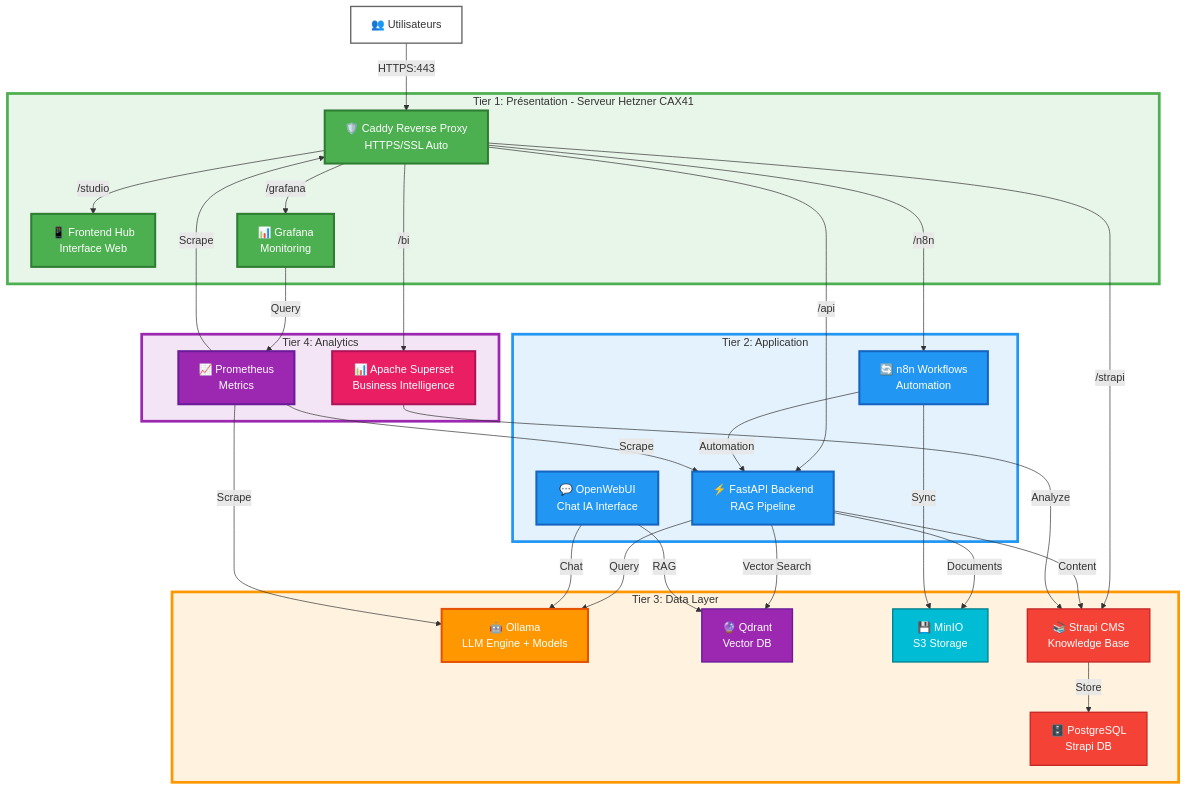
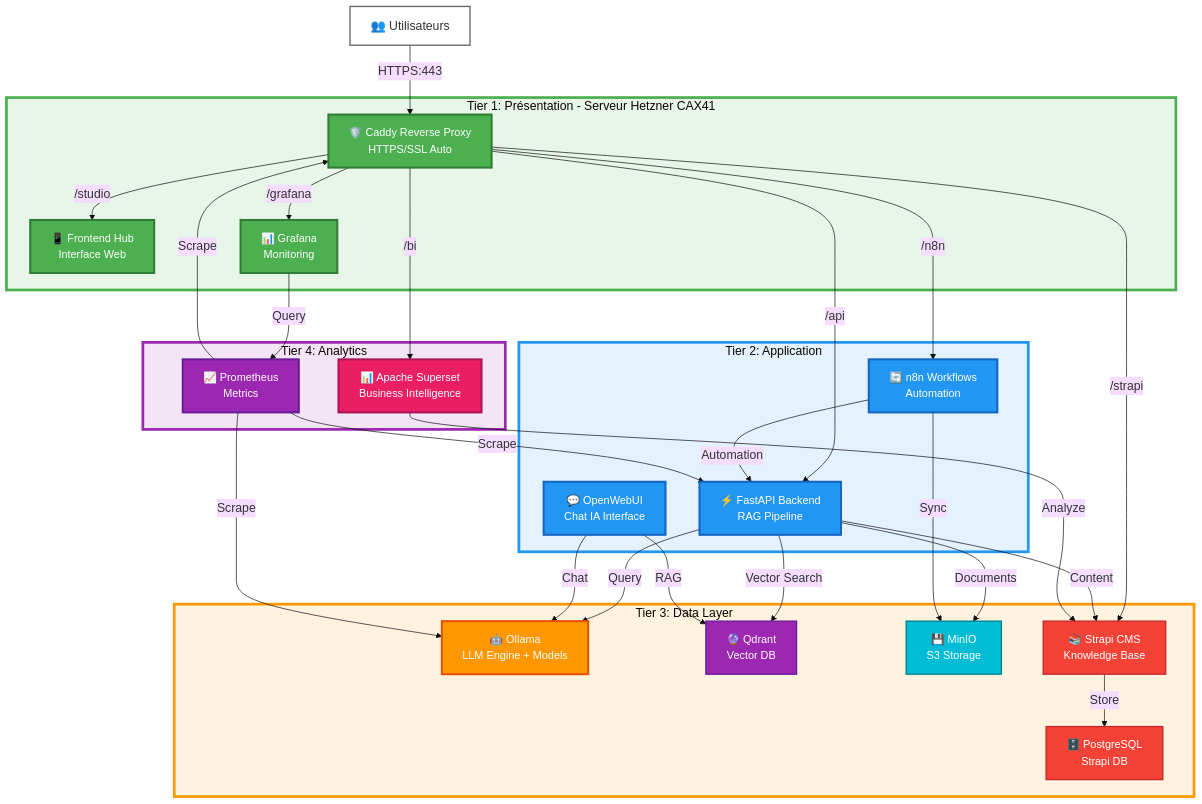
The first of 6 diagrams in README.md (stepstev/oceanphenix-IA-souveraine-v10_2026_DOCS), drawn with Mermaid before and after one commit. The commit also changed other lines of this file, not shown here.

Commit message:
style: Increase font size in architecture and deployment Mermaid diagrams

````diff
--- a/README.md
+++ b/README.md
@@ -49,80 +49,81 @@
 ```mermaid
+%%{init: {'theme':'base', 'themeVariables': {'fontSize':'18px', 'fontFamily':'Arial'}}}%%
 graph TB
     %% Définition des styles
-    classDef tierPresentation fill:#4CAF50,stroke:#2E7D32,stroke-width:3px,color:#fff
-    classDef tierApp fill:#2196F3,stroke:#1565C0,stroke-width:3px,color:#fff
-    classDef tierData fill:#FF9800,stroke:#E65100,stroke-width:3px,color:#fff
-    classDef tierAnalytics fill:#9C27B0,stroke:#6A1B9A,stroke-width:3px,color:#fff
-    classDef tierBi fill:#E91E63,stroke:#AD1457,stroke-width:3px,color:#fff
-    classDef storage fill:#00BCD4,stroke:#00838F,stroke-width:2px,color:#fff
-    classDef vectordb fill:#9C27B0,stroke:#6A1B9A,stroke-width:2px,color:#fff
-    classDef strapi fill:#F44336,stroke:#C62828,stroke-width:2px,color:#fff
+    classDef tierPresentation fill:#4CAF50,stroke:#2E7D32,stroke-width:3px,color:#fff,font-size:16px
+    classDef tierApp fill:#2196F3,stroke:#1565C0,stroke-width:3px,color:#fff,font-size:16px
+    classDef tierData fill:#FF9800,stroke:#E65100,stroke-width:3px,color:#fff,font-size:16px
+    classDef tierAnalytics fill:#9C27B0,stroke:#6A1B9A,stroke-width:3px,color:#fff,font-size:16px
+    classDef tierBi fill:#E91E63,stroke:#AD1457,stroke-width:3px,color:#fff,font-size:16px
+    classDef storage fill:#00BCD4,stroke:#00838F,stroke-width:2px,color:#fff,font-size:16px
+    classDef vectordb fill:#9C27B0,stroke:#6A1B9A,stroke-width:2px,color:#fff,font-size:16px
+    classDef strapi fill:#F44336,stroke:#C62828,stroke-width:2px,color:#fff,font-size:16px
     
     %% Internet
     Users[👥 Utilisateurs]
     
     %% Tier 1: Présentation - Serveur Hetzner CAX41
     subgraph T1[" Tier 1: Présentation - Serveur Hetzner CAX41"]
         Caddy[🛡️ Caddy Reverse Proxy<br/>HTTPS/SSL Auto]:::tierPresentation
         HubFront[📱 Frontend Hub<br/>Interface Web]:::tierPresentation
         Grafana[📊 Grafana<br/>Monitoring]:::tierPresentation
     end
     
     %% Tier 2: Application
     subgraph T2[" Tier 2: Application"]
         FastAPI[⚡ FastAPI Backend<br/>RAG Pipeline]:::tierApp
         OpenWebUI[💬 OpenWebUI<br/>Chat IA Interface]:::tierApp
         N8N[🔄 n8n Workflows<br/>Automation]:::tierApp
     end
     
     %% Tier 3: Data Layer
     subgraph T3[" Tier 3: Data Layer"]
         Ollama[🤖 Ollama<br/>LLM Engine + Models]:::tierData
         Qdrant[🔮 Qdrant<br/>Vector DB]:::vectordb
         MinIO[💾 MinIO<br/>S3 Storage]:::storage
         Strapi[📚 Strapi CMS<br/>Knowledge Base]:::strapi
         PostgreSQL[🗄️ PostgreSQL<br/>Strapi DB]:::strapi
     end
     
     %% Tier 4: Analytics
     subgraph T4[" Tier 4: Analytics"]
         Prometheus[📈 Prometheus<br/>Metrics]:::tierAnalytics
         ApacheBI[📊 Apache Superset<br/>Business Intelligence]:::tierBi
     end
     
     %% Connexions Internet → Caddy
     Users -->|HTTPS:443| Caddy
     
     %% Caddy routing
     Caddy -->|/grafana| Grafana
     Caddy -->|/bi| ApacheBI
     Caddy -->|/n8n| N8N
     Caddy -->|/studio| HubFront
     Caddy -->|/api| FastAPI
     Caddy -->|/strapi| Strapi
     
     %% Tier 2 → Tier 3
     FastAPI -->|Query| Ollama
     FastAPI -->|Vector Search| Qdrant
     FastAPI -->|Documents| MinIO
     FastAPI -->|Content| Strapi
     OpenWebUI -->|Chat| Ollama
     OpenWebUI -->|RAG| Qdrant
     N8N -->|Automation| FastAPI
     N8N -->|Sync| MinIO
     Strapi -->|Store| PostgreSQL
     
     %% Tier 4 Monitoring
     Grafana -->|Query| Prometheus
     Prometheus -->|Scrape| FastAPI
     Prometheus -->|Scrape| Ollama
     Prometheus -->|Scrape| Caddy
     ApacheBI -->|Analyze| Strapi
     
     %% Styling tiers
     style T1 fill:#E8F5E9,stroke:#4CAF50,stroke-width:4px
     style T2 fill:#E3F2FD,stroke:#2196F3,stroke-width:4px
     style T3 fill:#FFF3E0,stroke:#FF9800,stroke-width:4px
     style T4 fill:#F3E5F5,stroke:#9C27B0,stroke-width:4px
     style Users fill:#FFF,stroke:#666,stroke-width:2px
 ```
````
